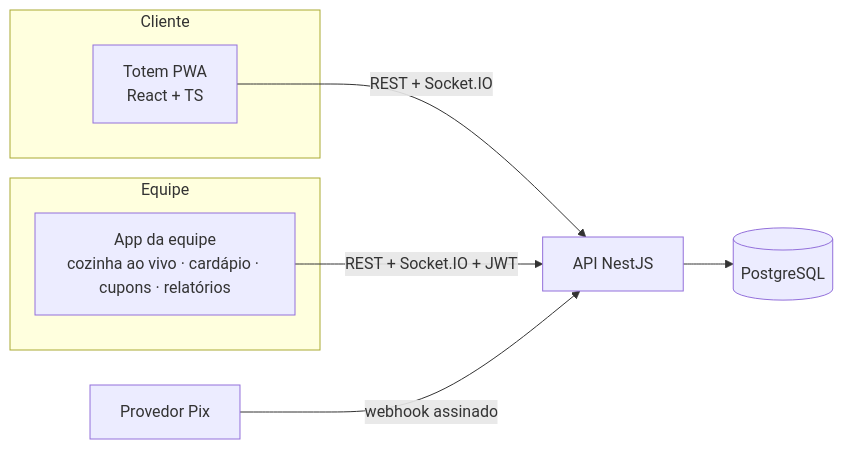
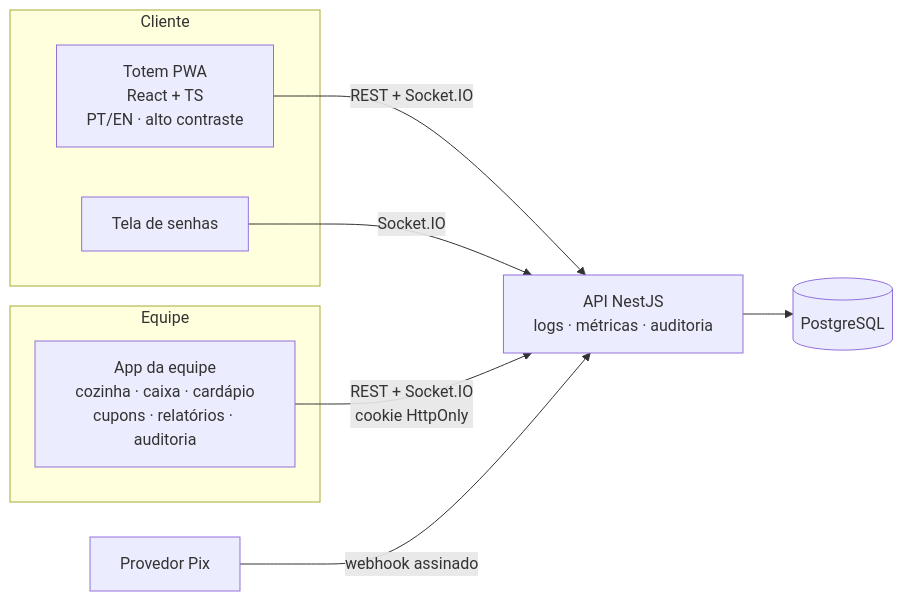
The diagram in README.md (guirodriguesxz/Burguer-Lab), drawn with Mermaid before and after one commit. The commit also changed other lines of this file and 17 other files, not shown here.

````diff
--- a/README.md
+++ b/README.md
@@ -5,13 +50,15 @@
 ```mermaid
 flowchart LR
   subgraph Cliente
-    K[Totem PWA<br/>React + TS]
+    K[Totem PWA<br/>React + TS<br/>PT/EN · alto contraste]
+    TV[Tela de senhas]
   end
   subgraph Equipe
-    A[App da equipe<br/>cozinha ao vivo · cardápio · cupons · relatórios]
+    A[App da equipe<br/>cozinha · caixa · cardápio<br/>cupons · relatórios · auditoria]
   end
   K -- REST + Socket.IO --> API
-  A -- REST + Socket.IO + JWT --> API
+  TV -- Socket.IO --> API
+  A -- REST + Socket.IO<br/>cookie HttpOnly --> API
   PSP[Provedor Pix] -- webhook assinado --> API
-  API[API NestJS] --> DB[(PostgreSQL)]
+  API[API NestJS<br/>logs · métricas · auditoria] --> DB[(PostgreSQL)]
 ```
````
